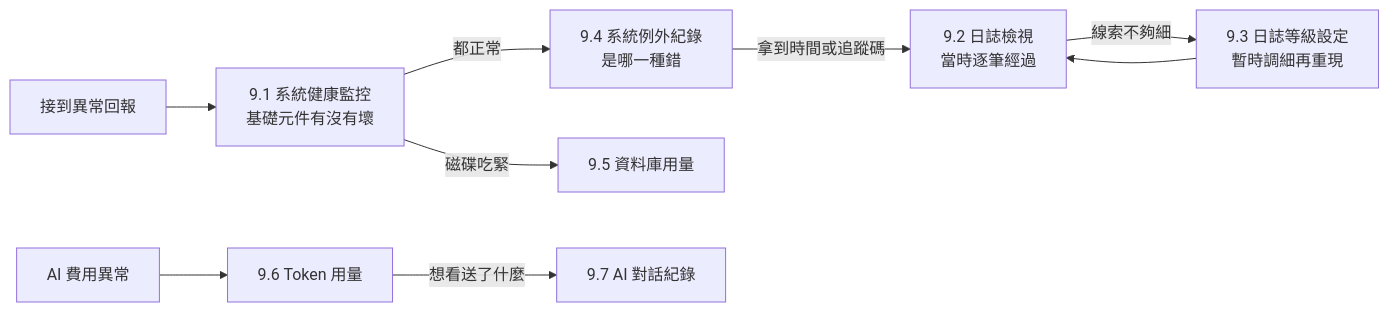
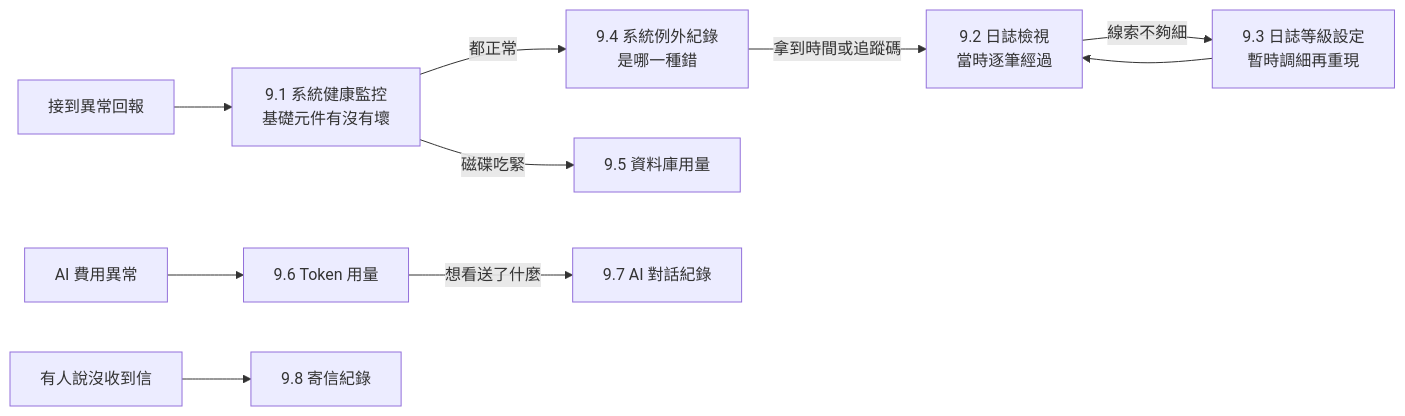
The ninth of 9 diagrams in docs/guides/新手完整操作指南.md (vulcanlee/NET10-Blazor-Starter), drawn with Mermaid before and after one commit. The commit also changed other lines of this file and 103 other files, not shown here.

````diff
--- a/docs/guides/新手完整操作指南.md
+++ b/docs/guides/新手完整操作指南.md
@@ -3066,11 +3073,12 @@
 ```mermaid
 flowchart LR
     A[接到異常回報] --> B[9.1 系統健康監控<br/>基礎元件有沒有壞]
     B -->|都正常| C[9.4 系統例外紀錄<br/>是哪一種錯]
     C -->|拿到時間或追蹤碼| D[9.2 日誌檢視<br/>當時逐筆經過]
     D -->|線索不夠細| E[9.3 日誌等級設定<br/>暫時調細再重現]
     E --> D
     B -->|磁碟吃緊| F[9.5 資料庫用量]
     G[AI 費用異常] --> H[9.6 Token 用量]
     H -->|想看送了什麼| I[9.7 AI 對話紀錄]
+    J[有人說沒收到信] --> K[9.8 寄信紀錄]
 ```
````
